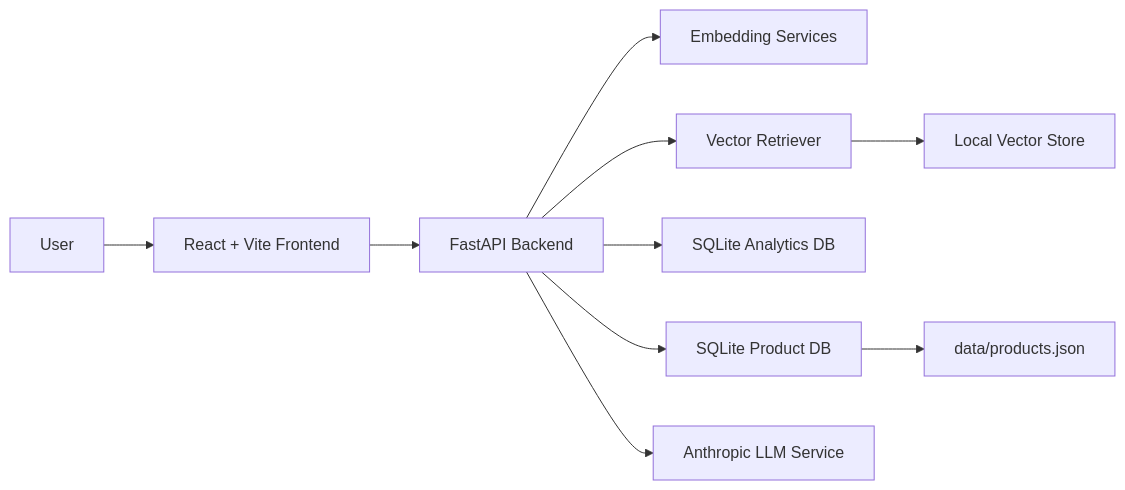
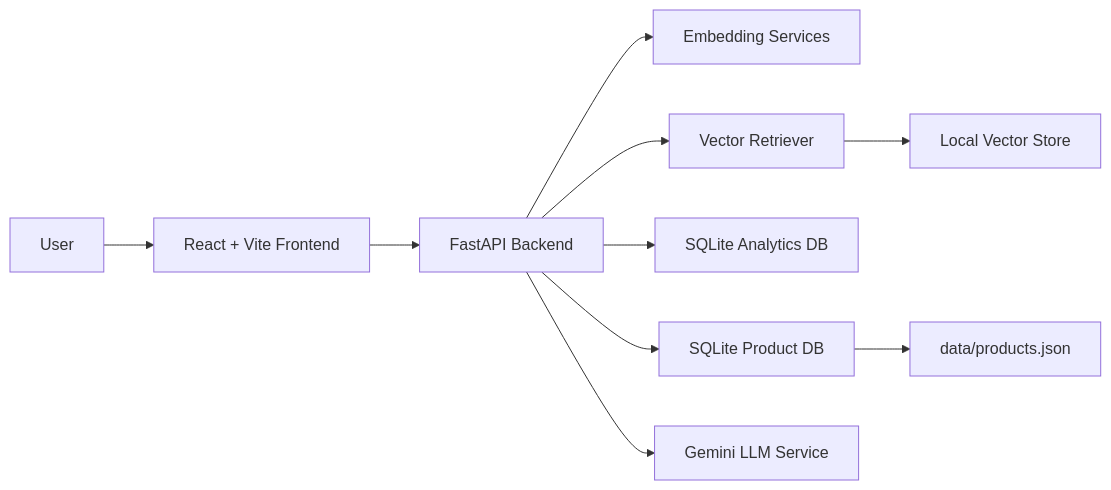
One commit to Yash-1706/GenAI-Capstone changed the diagram in multimodal-catalogue/README.md. Above: the diagram before and after it, drawn with Mermaid. The commit also changed other lines of this file and 21 other files, not shown here.

Commit message:
Fix API bugs, update docs to use Gemini, and improve stability

````diff
--- a/multimodal-catalogue/README.md
+++ b/multimodal-catalogue/README.md
@@ -38,12 +38,12 @@
 ```mermaid
 flowchart LR
   User["User"] --> Frontend["React + Vite Frontend"]
   Frontend --> API["FastAPI Backend"]
   API --> Embedder["Embedding Services"]
   API --> Retriever["Vector Retriever"]
   API --> Analytics["SQLite Analytics DB"]
   API --> Products["SQLite Product DB"]
-  API --> LLM["Anthropic LLM Service"]
+  API --> LLM["Gemini LLM Service"]
   Retriever --> VectorDB["Local Vector Store"]
   Products --> Catalogue["data/products.json"]
 ```
````
